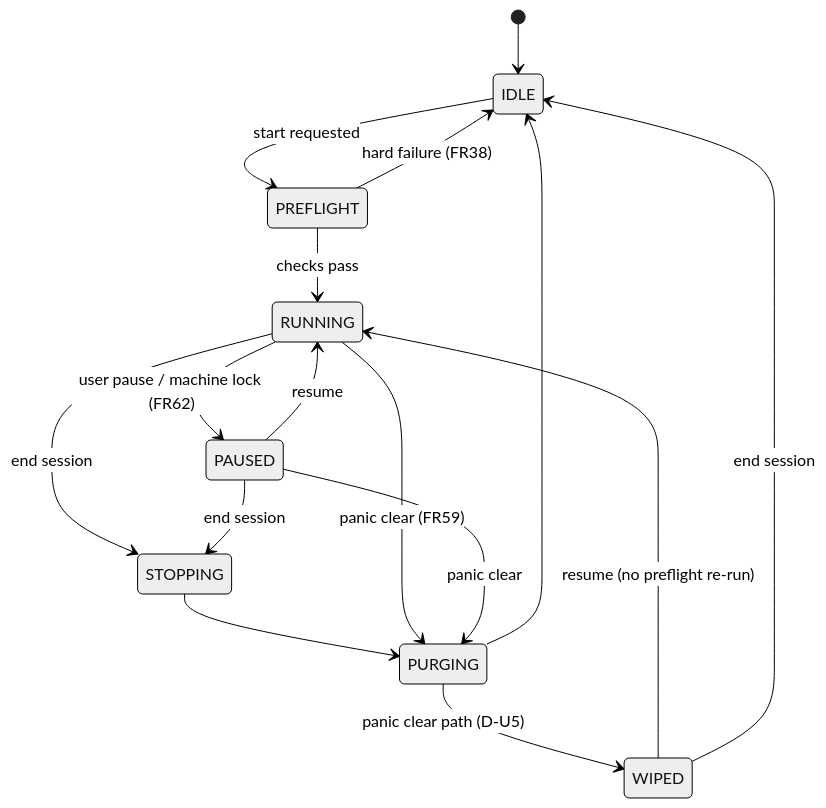
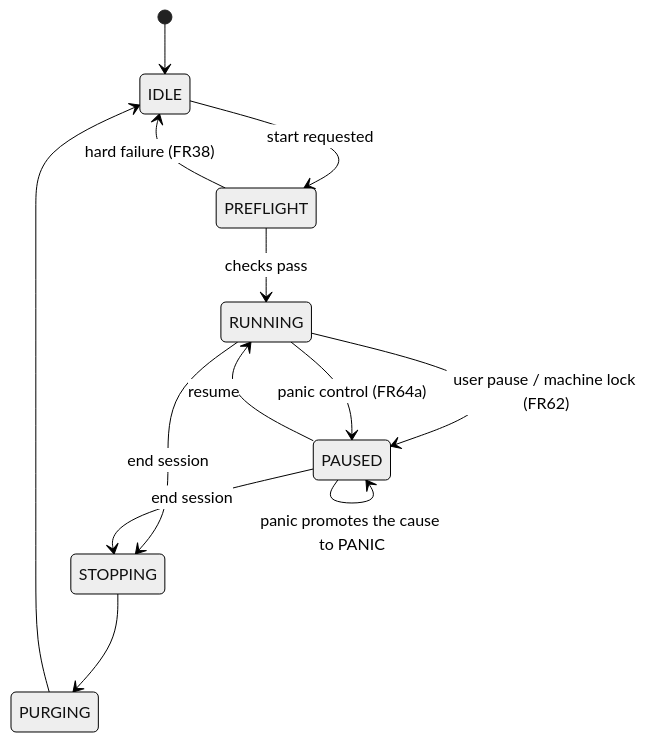
Before and after one commit to Penguin-Pants/ExecutiveDysfunctionAssistant: the second of 2 diagrams in docs/implementation/02-technical-design.md, drawn with Mermaid (neutral theme). The commit also changed other lines of this file and 7 other files, not shown here.

First line of the commit message:
fix(session): panic must promote an existing pause cause, not raise

````diff
--- a/docs/implementation/02-technical-design.md
+++ b/docs/implementation/02-technical-design.md
@@ -610,18 +610,15 @@
 ```mermaid
 stateDiagram-v2
     [*] --> IDLE
     IDLE --> PREFLIGHT: start requested
     PREFLIGHT --> IDLE: hard failure (FR38)
     PREFLIGHT --> RUNNING: checks pass
     RUNNING --> PAUSED: user pause / machine lock (FR62)
     PAUSED --> RUNNING: resume
     RUNNING --> STOPPING: end session
     PAUSED --> STOPPING: end session
     STOPPING --> PURGING
     PURGING --> IDLE
-    RUNNING --> PURGING: panic clear (FR59)
-    PAUSED --> PURGING: panic clear
-    PURGING --> WIPED: panic clear path (D-U5)
-    WIPED --> RUNNING: resume (no preflight re-run)
-    WIPED --> IDLE: end session
+    RUNNING --> PAUSED: panic control (FR64a)
+    PAUSED --> PAUSED: panic promotes the cause to PANIC
 ```
````
